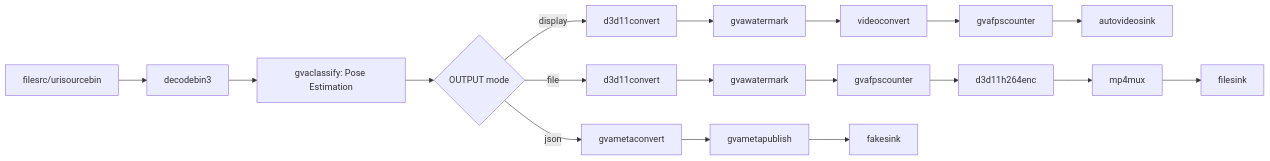
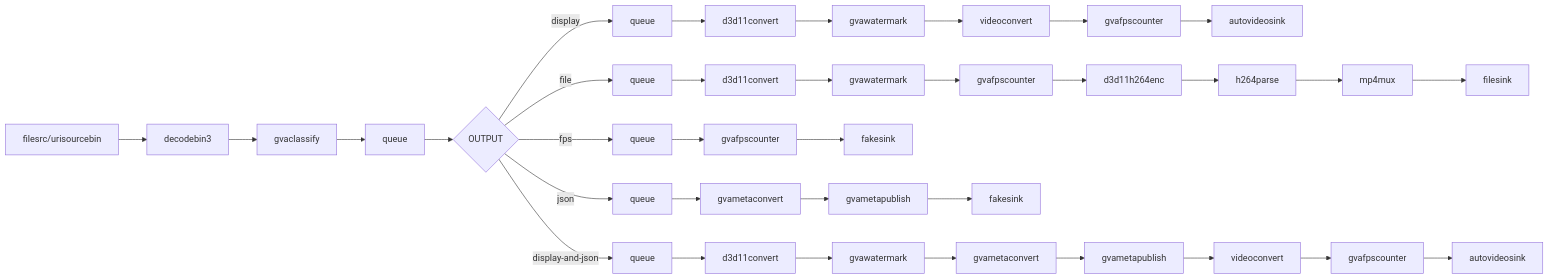
One commit to open-edge-platform/dlstreamer changed the diagram in samples/windows/gstreamer/gst_launch/human_pose_estimation/README.md. Above: the diagram before and after it, drawn with Mermaid. The commit also changed other lines of this file and 5 other files, not shown here.

````diff
--- a/samples/windows/gstreamer/gst_launch/human_pose_estimation/README.md
+++ b/samples/windows/gstreamer/gst_launch/human_pose_estimation/README.md
@@ -76,23 +79,41 @@
 ```mermaid
 graph LR
     A[filesrc/urisourcebin] --> B[decodebin3]
-    B --> C[gvaclassify: Pose Estimation]
-    C --> D{OUTPUT mode}
+    B --> C[gvaclassify]
+    C --> D[queue]
+    D --> E{OUTPUT}
     
-    D -->|display| E[d3d11convert]
-    E --> F[gvawatermark]
-    F --> G[videoconvert]
-    G --> H[gvafpscounter]
-    H --> I[autovideosink]
+    E -->|display| F1[queue]
+    F1 --> F2[d3d11convert]
+    F2 --> F3[gvawatermark]
+    F3 --> F4[videoconvert]
+    F4 --> F5[gvafpscounter]
+    F5 --> F6[autovideosink]
     
-    D -->|file| J[d3d11convert]
-    J --> K[gvawatermark]
-    K --> L[gvafpscounter]
-    L --> M[d3d11h264enc]
-    M --> N[mp4mux]
-    N --> O[filesink]
+    E -->|file| G1[queue]
+    G1 --> G2[d3d11convert]
+    G2 --> G3[gvawatermark]
+    G3 --> G4[gvafpscounter]
+    G4 --> G5[d3d11h264enc]
+    G5 --> G6[h264parse]
+    G6 --> G7[mp4mux]
+    G7 --> G8[filesink]
     
-    D -->|json| P[gvametaconvert]
-    P --> Q[gvametapublish]
-    Q --> R[fakesink]
+    E -->|fps| H1[queue]
+    H1 --> H2[gvafpscounter]
+    H2 --> H3[fakesink]
+    
+    E -->|json| I1[queue]
+    I1 --> I2[gvametaconvert]
+    I2 --> I3[gvametapublish]
+    I3 --> I4[fakesink]
+    
+    E -->|display-and-json| J1[queue]
+    J1 --> J2[d3d11convert]
+    J2 --> J3[gvawatermark]
+    J3 --> J4[gvametaconvert]
+    J4 --> J5[gvametapublish]
+    J5 --> J6[videoconvert]
+    J6 --> J7[gvafpscounter]
+    J7 --> J8[autovideosink]
 ```
````
